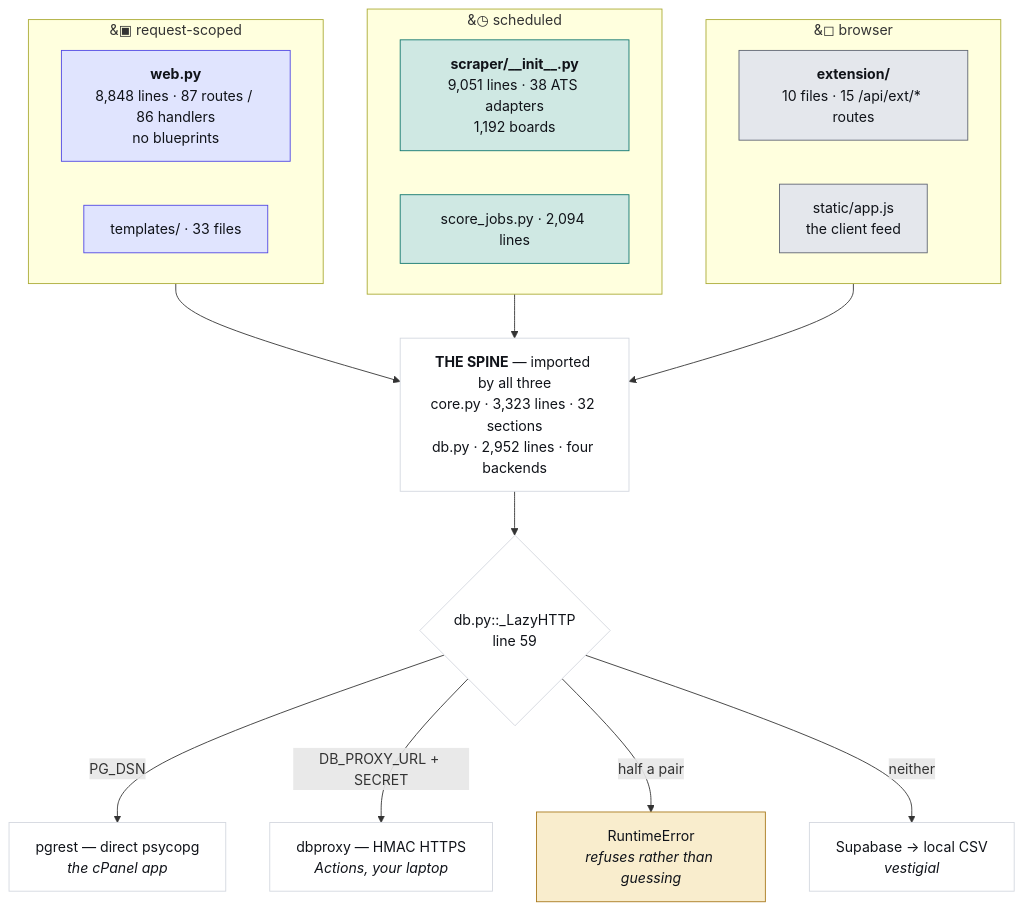
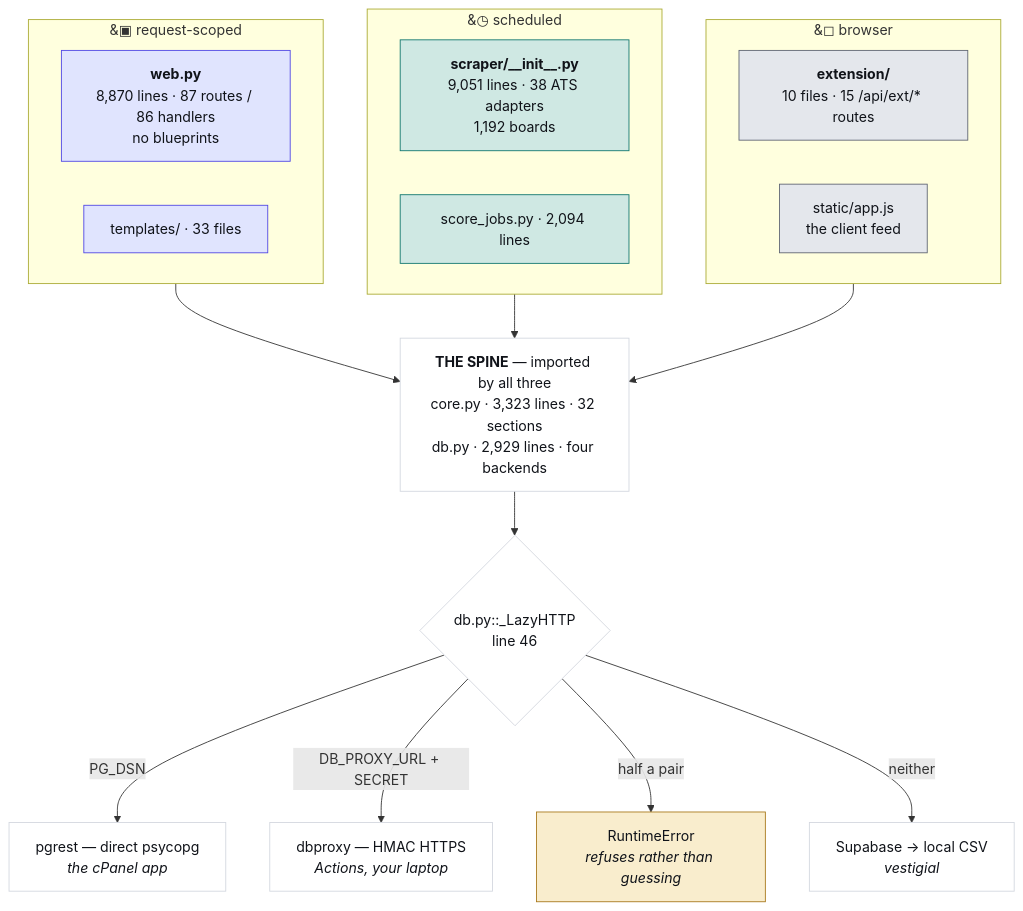
One commit to hadakunal909-debug/job-search-tool changed the first of 4 diagrams in JobMatch Scraper/docs/ARCHITECTURE.md. Above: the diagram before and after it, drawn with Mermaid. The commit also changed other lines of this file and 34 other files, not shown here.

````diff
--- a/JobMatch Scraper/docs/ARCHITECTURE.md
+++ b/JobMatch Scraper/docs/ARCHITECTURE.md
@@ -45,34 +45,34 @@
 ```mermaid
 flowchart TB
   subgraph REQ["&#9635; request-scoped"]
-    W["<b>web.py</b><br/>8,848 lines · 87 routes / 86 handlers<br/>no blueprints"]
+    W["<b>web.py</b><br/>8,870 lines · 87 routes / 86 handlers<br/>no blueprints"]
     T["templates/ · 33 files"]
   end
   subgraph SCH["&#9719; scheduled"]
     S["<b>scraper/__init__.py</b><br/>9,051 lines · 38 ATS adapters<br/>1,192 boards"]
     J["score_jobs.py · 2,094 lines"]
   end
   subgraph CLI["&#9723; browser"]
     E["<b>extension/</b><br/>10 files · 15 /api/ext/* routes"]
     A["static/app.js<br/>the client feed"]
   end
-  SPINE["<b>THE SPINE</b> — imported by all three<br/>core.py · 3,323 lines · 32 sections<br/>db.py · 2,952 lines · four backends"]
+  SPINE["<b>THE SPINE</b> — imported by all three<br/>core.py · 3,323 lines · 32 sections<br/>db.py · 2,929 lines · four backends"]
   REQ --> SPINE
   SCH --> SPINE
   CLI --> SPINE
-  SPINE --> D{"db.py::_LazyHTTP<br/>line 59"}
+  SPINE --> D{"db.py::_LazyHTTP<br/>line 46"}
   D -->|"PG_DSN"| P["pgrest — direct psycopg<br/><i>the cPanel app</i>"]
   D -->|"DB_PROXY_URL + SECRET"| X["dbproxy — HMAC HTTPS<br/><i>Actions, your laptop</i>"]
   D -->|"half a pair"| R["RuntimeError<br/><i>refuses rather than guessing</i>"]
   D -->|"neither"| V["Supabase → local CSV<br/><i>vestigial</i>"]
   classDef web fill:#e0e4fe,stroke:#4f46e5,color:#101319
   classDef sched fill:#cfe8e3,stroke:#0f766e,color:#101319
   classDef client fill:#e4e7ec,stroke:#5f6573,color:#101319
   classDef trap fill:#f9edcd,stroke:#a8781a,color:#101319
   classDef plain fill:#ffffff,stroke:#d3d7df,color:#101319
   class W,T web
   class S,J sched
   class E,A client
   class R trap
   class SPINE,D,P,X,V plain
 ```
````
